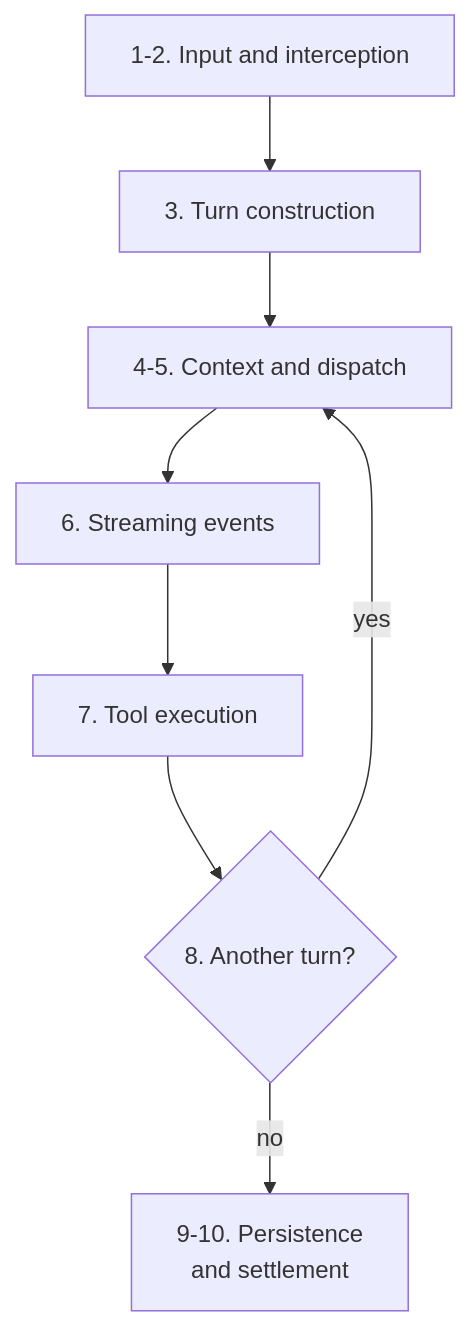
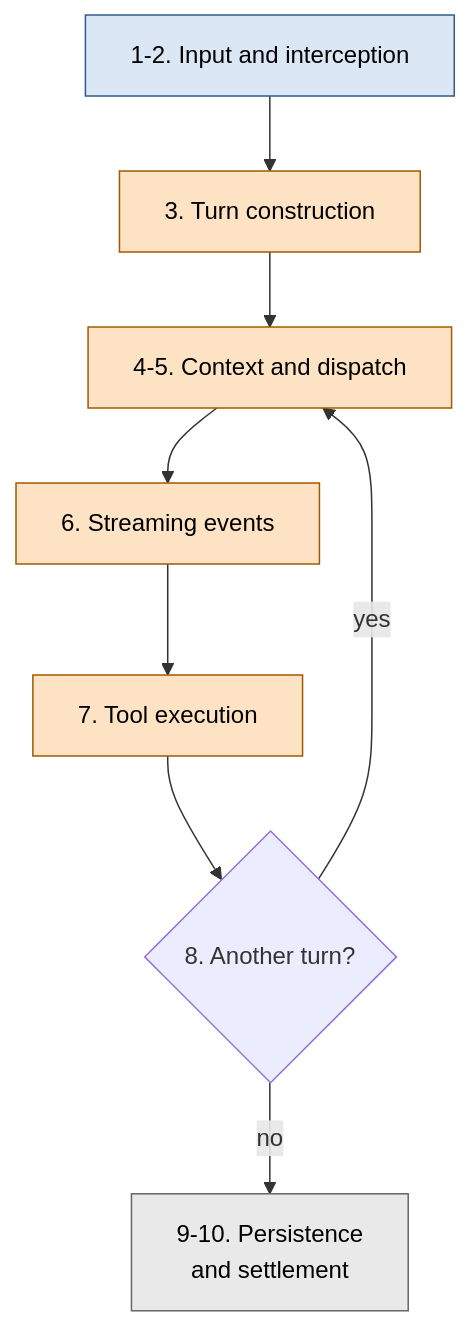
The first of 5 diagrams in developer-guide/23-lifecycle-and-hooks.qmd (lukechen526/pi), drawn with Mermaid before and after one commit. The commit also changed other lines of this file and 3 other files, not shown here.

First line of the commit message:
docs(developer-guide): redesign diagrams in sessions and lifecycle chapters

````diff
--- a/developer-guide/23-lifecycle-and-hooks.qmd
+++ b/developer-guide/23-lifecycle-and-hooks.qmd
@@ -48,15 +48,18 @@
 ```{mermaid}
 %%| label: fig-prompt-lifecycle-overview
-%%| fig-cap: "The complete interactive prompt path. Stages 1-2 happen before any model work; stages 6-8 repeat once per turn; stages 9-10 settle the run."
+%%| fig-cap: "The complete interactive prompt path. Stages 1-2 (blue) happen before any model work; stages 6-8 (amber) repeat once per turn; stages 9-10 (grey) settle the run."
 flowchart TD
-  S1["1-2. Input and interception"]
-  S3["3. Turn construction"]
-  S45["4-5. Context and dispatch"]
-  S6["6. Streaming events"]
-  S7["7. Tool execution"]
+  S1["1-2. Input and interception"]:::input
+  S3["3. Turn construction"]:::turn
+  S45["4-5. Context and dispatch"]:::turn
+  S6["6. Streaming events"]:::turn
+  S7["7. Tool execution"]:::turn
   S8{"8. Another turn?"}
-  S9["9-10. Persistence<br/>and settlement"]
+  S9["9-10. Persistence<br/>and settlement"]:::settle
   S1 --> S3 --> S45 --> S6 --> S7 --> S8
   S8 -->|"yes"| S45
   S8 -->|"no"| S9
+  classDef input fill:#dbe7f5,stroke:#2f5b8f,color:#000000
+  classDef turn fill:#fde2c4,stroke:#a05a00,color:#000000
+  classDef settle fill:#e9e9e9,stroke:#666666,color:#000000
 ```
````
